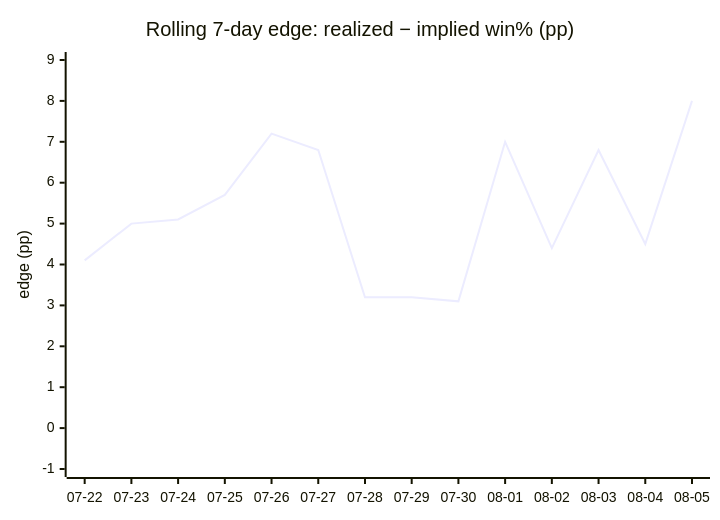
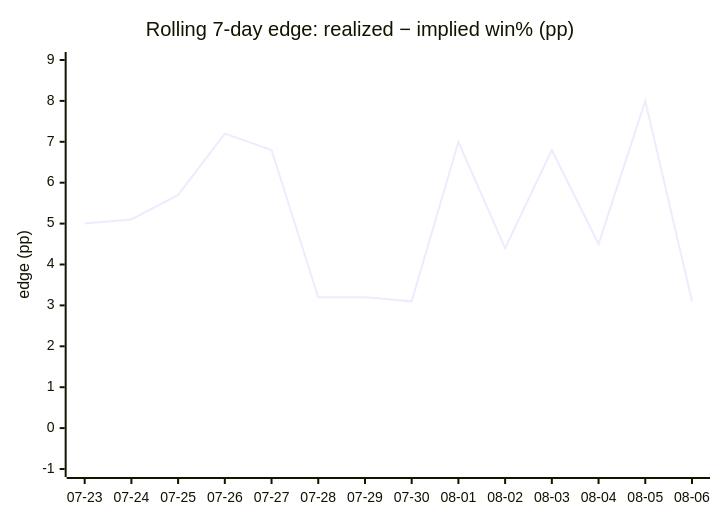
The fourth of 4 diagrams in DAILY_AGSU_REPORT.md (dpk1212/nhl-savant), drawn with Mermaid before and after one commit. The commit also changed other lines of this file, not shown here.

````diff
--- a/DAILY_AGSU_REPORT.md
+++ b/DAILY_AGSU_REPORT.md
@@ -762,7 +791,7 @@
 ```mermaid
 xychart-beta
     title "Rolling 7-day edge: realized − implied win% (pp)"
-    x-axis ["07-22", "07-23", "07-24", "07-25", "07-26", "07-27", "07-28", "07-29", "07-30", "08-01", "08-02", "08-03", "08-04", "08-05"]
+    x-axis ["07-23", "07-24", "07-25", "07-26", "07-27", "07-28", "07-29", "07-30", "08-01", "08-02", "08-03", "08-04", "08-05", "08-06"]
     y-axis "edge (pp)" -1 --> 9
-    line [4.1, 5, 5.1, 5.7, 7.2, 6.8, 3.2, 3.2, 3.1, 7, 4.4, 6.8, 4.5, 8]
+    line [5, 5.1, 5.7, 7.2, 6.8, 3.2, 3.2, 3.1, 7, 4.4, 6.8, 4.5, 8, 3.1]
 ```
````
